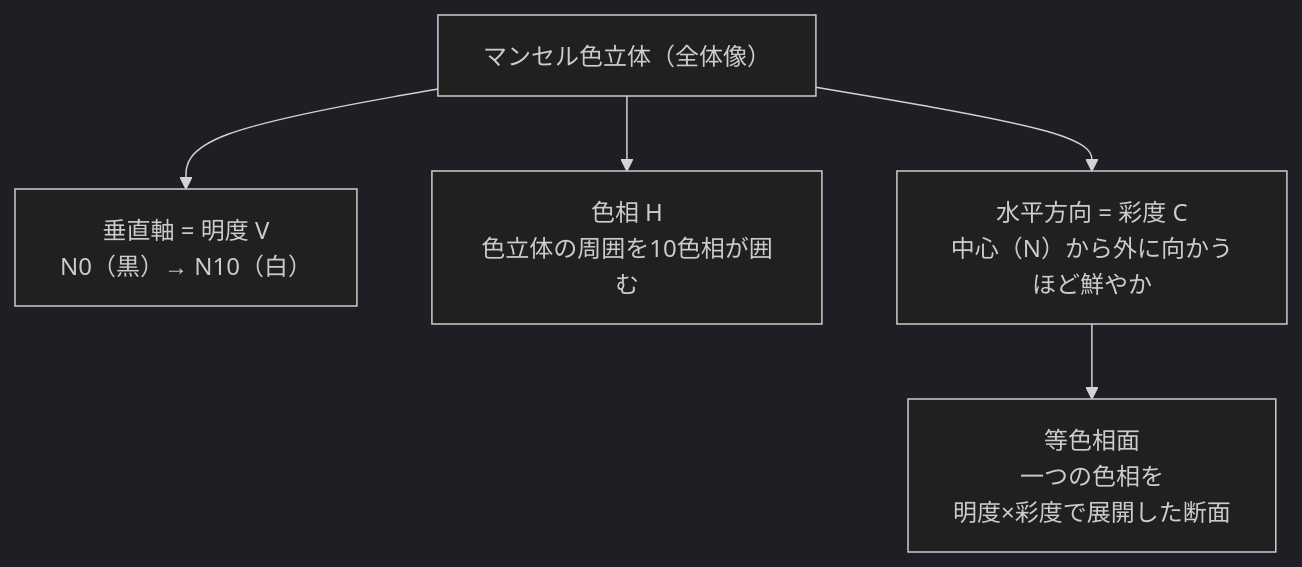
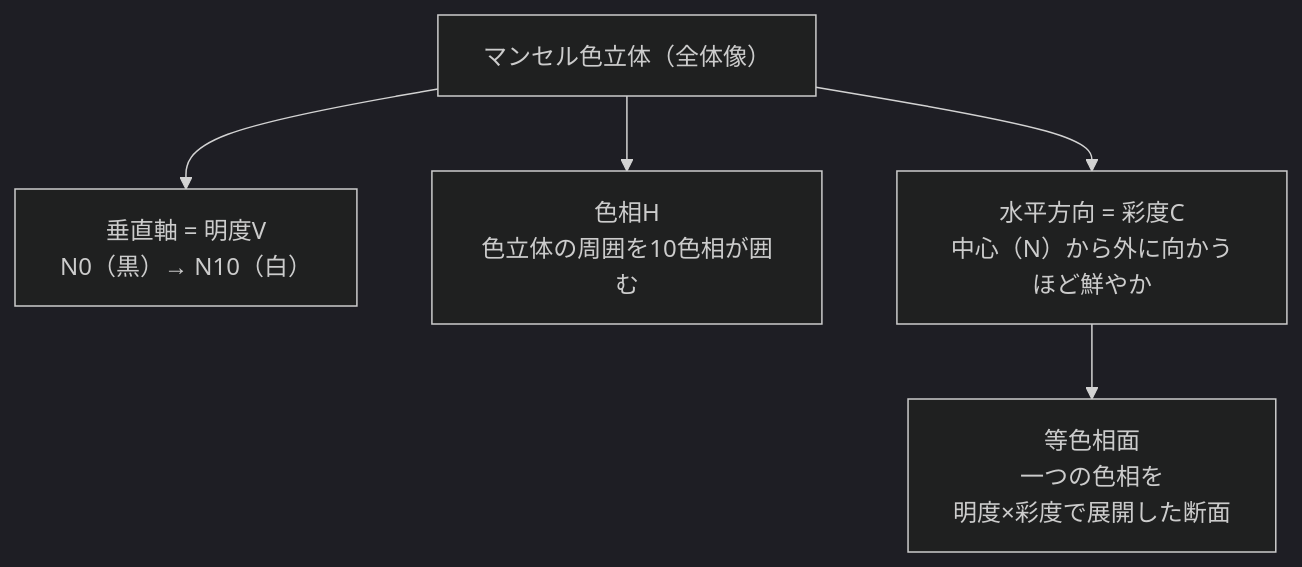
Before and after one commit to ozaki25/color-coordination-training-ozaki25: the second of 2 diagrams in docs/lessons/lesson10/index.md, drawn with Mermaid (dark theme). The commit also changed other lines of this file and 27 other files, not shown here.

````diff
--- a/docs/lessons/lesson10/index.md
+++ b/docs/lessons/lesson10/index.md
@@ -131,8 +131,8 @@
 ```mermaid
 graph TD
     A["マンセル色立体（全体像）"]
-    A --> B["垂直軸 = 明度 V\nN0（黒）→ N10（白）"]
-    A --> C["色相 H\n色立体の周囲を10色相が囲む"]
-    A --> D["水平方向 = 彩度 C\n中心（N）から外に向かうほど鮮やか"]
+    A --> B["垂直軸 = 明度V\nN0（黒）→ N10（白）"]
+    A --> C["色相H\n色立体の周囲を10色相が囲む"]
+    A --> D["水平方向 = 彩度C\n中心（N）から外に向かうほど鮮やか"]
     D --> E["等色相面\n一つの色相を\n明度×彩度で展開した断面"]
 ```
````
